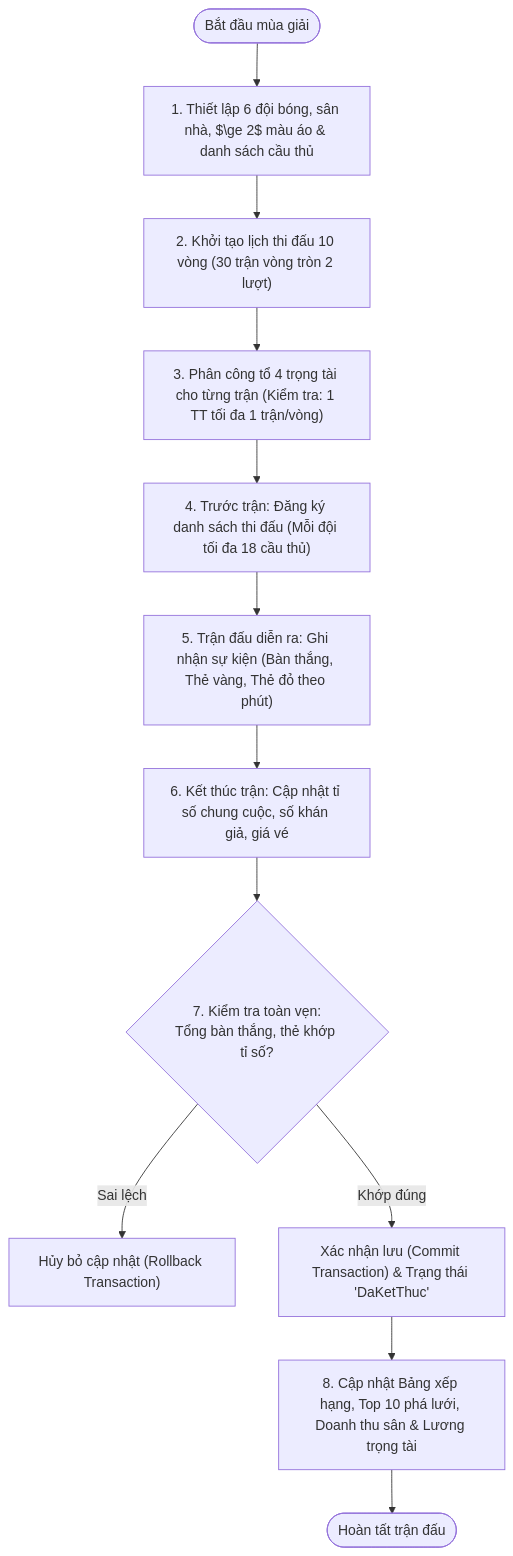
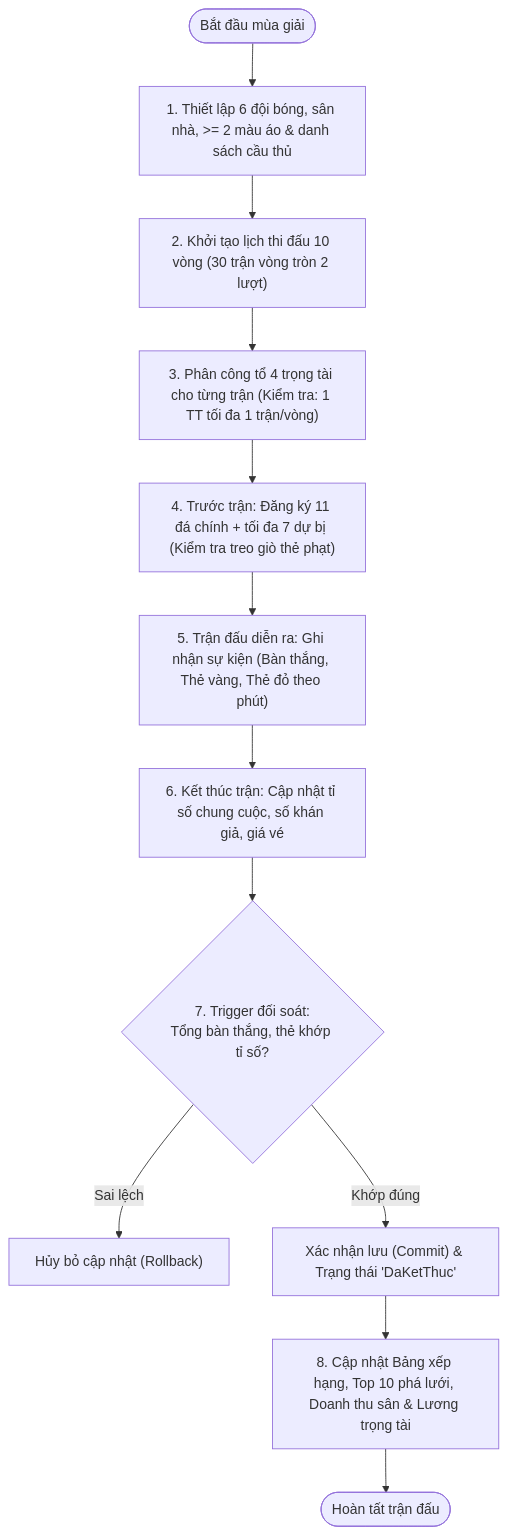
One commit to Duy-Thong/BTL-CSDL changed the third of 4 diagrams in docs/SO_DO_MERMAID_DRAWIO.md. Above: the diagram before and after it, drawn with Mermaid. The commit also changed other lines of this file and 23 other files, not shown here.

````diff
--- a/docs/SO_DO_MERMAID_DRAWIO.md
+++ b/docs/SO_DO_MERMAID_DRAWIO.md
@@ -260,14 +255,14 @@
 ```mermaid
 flowchart TD
-    Start(["Bắt đầu mùa giải"]) --> Setup["1. Thiết lập 6 đội bóng, sân nhà, $\ge 2$ màu áo & danh sách cầu thủ"]
+    Start(["Bắt đầu mùa giải"]) --> Setup["1. Thiết lập 6 đội bóng, sân nhà, >= 2 màu áo & danh sách cầu thủ"]
     Setup --> CreateSchedule["2. Khởi tạo lịch thi đấu 10 vòng (30 trận vòng tròn 2 lượt)"]
     CreateSchedule --> AssignReferees["3. Phân công tổ 4 trọng tài cho từng trận (Kiểm tra: 1 TT tối đa 1 trận/vòng)"]
-    AssignReferees --> PreMatch["4. Trước trận: Đăng ký danh sách thi đấu (Mỗi đội tối đa 18 cầu thủ)"]
+    AssignReferees --> PreMatch["4. Trước trận: Đăng ký 11 đá chính + tối đa 7 dự bị (Kiểm tra treo giò thẻ phạt)"]
     PreMatch --> MatchInPlay["5. Trận đấu diễn ra: Ghi nhận sự kiện (Bàn thắng, Thẻ vàng, Thẻ đỏ theo phút)"]
     MatchInPlay --> PostMatch["6. Kết thúc trận: Cập nhật tỉ số chung cuộc, số khán giả, giá vé"]
-    PostMatch --> IntegrityCheck{"7. Kiểm tra toàn vẹn:\nTổng bàn thắng, thẻ khớp tỉ số?"}
-    IntegrityCheck -- "Sai lệch" --> Rollback["Hủy bỏ cập nhật (Rollback Transaction)"]
-    IntegrityCheck -- "Khớp đúng" --> CommitUpdate["Xác nhận lưu (Commit Transaction) & Trạng thái 'DaKetThuc'"]
+    PostMatch --> IntegrityCheck{"7. Trigger đối soát:\nTổng bàn thắng, thẻ khớp tỉ số?"}
+    IntegrityCheck -- "Sai lệch" --> Rollback["Hủy bỏ cập nhật (Rollback)"]
+    IntegrityCheck -- "Khớp đúng" --> CommitUpdate["Xác nhận lưu (Commit) & Trạng thái 'DaKetThuc'"]
     CommitUpdate --> AutoReport["8. Cập nhật Bảng xếp hạng, Top 10 phá lưới, Doanh thu sân & Lương trọng tài"]
     AutoReport --> EndMatch(["Hoàn tất trận đấu"])
 ```
````
